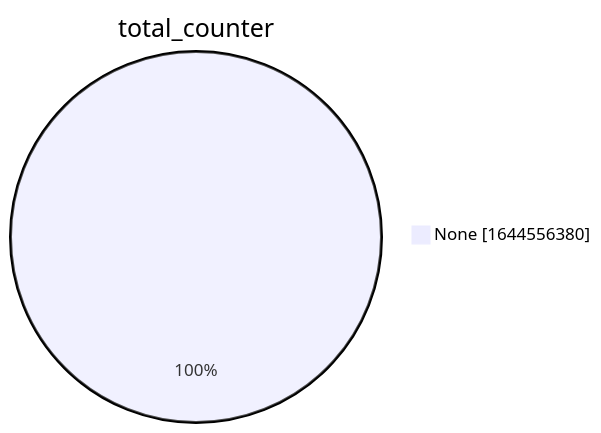
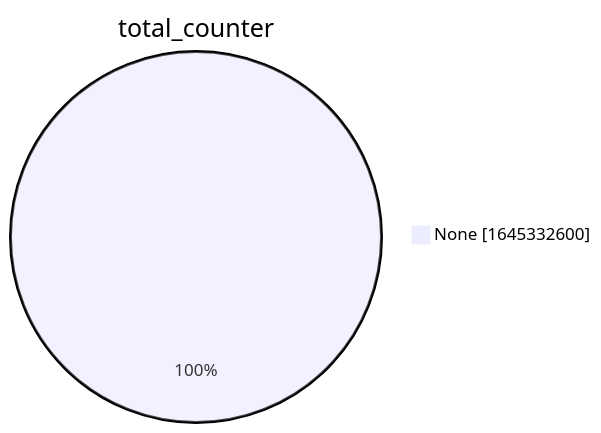
One commit to christiankrug/ctmonitor_visualization changed the second of 15 diagrams in xenon2022/README.md. Above: the diagram before and after it, drawn with Mermaid. The commit also changed other lines of this file, not shown here.

````diff
--- a/xenon2022/README.md
+++ b/xenon2022/README.md
@@ -9,5 +9,5 @@
 ```mermaid
 pie showData
 title total_counter
-"None" :1644556380
+"None" :1645332600
 ```
````
